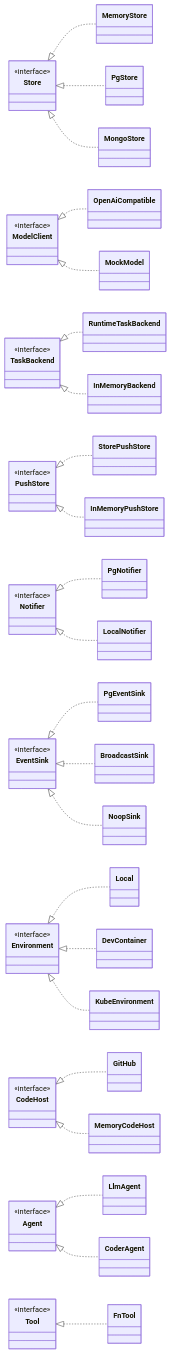
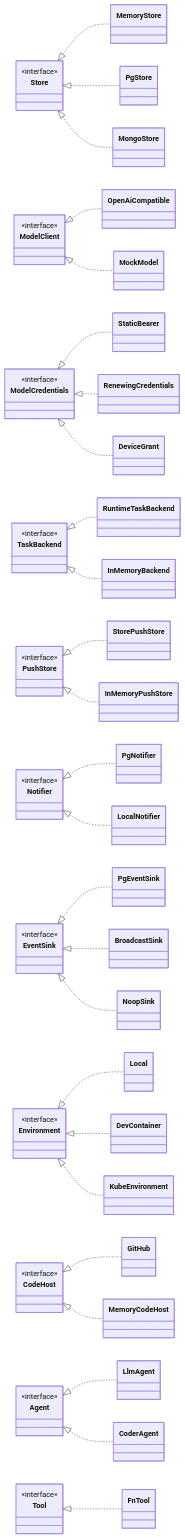
The second of 26 diagrams in docs/architecture.md (vymalo/another-adam-rs), drawn with Mermaid before and after one commit. The commit also changed other lines of this file and 27 other files, not shown here.

First line of the commit message:
feat(model): credentials per call (ADR 0058), an OAuth device-grant provider, and docs for trying the agents (#200)

````diff
--- a/docs/architecture.md
+++ b/docs/architecture.md
@@ -155,36 +157,40 @@
 ```mermaid
 classDiagram
     direction LR
     class Store { <<interface>> }
     Store <|.. MemoryStore
     Store <|.. PgStore
     Store <|.. MongoStore
     class ModelClient { <<interface>> }
     ModelClient <|.. OpenAiCompatible
     ModelClient <|.. MockModel
+    class ModelCredentials { <<interface>> }
+    ModelCredentials <|.. StaticBearer
+    ModelCredentials <|.. RenewingCredentials
+    ModelCredentials <|.. DeviceGrant
     class TaskBackend { <<interface>> }
     TaskBackend <|.. RuntimeTaskBackend
     TaskBackend <|.. InMemoryBackend
     class PushStore { <<interface>> }
     PushStore <|.. StorePushStore
     PushStore <|.. InMemoryPushStore
     class Notifier { <<interface>> }
     Notifier <|.. PgNotifier
     Notifier <|.. LocalNotifier
     class EventSink { <<interface>> }
     EventSink <|.. PgEventSink
     EventSink <|.. BroadcastSink
     EventSink <|.. NoopSink
     class Environment { <<interface>> }
     Environment <|.. Local
     Environment <|.. DevContainer
     Environment <|.. KubeEnvironment
     class CodeHost { <<interface>> }
     CodeHost <|.. GitHub
     CodeHost <|.. MemoryCodeHost
     class Agent { <<interface>> }
     Agent <|.. LlmAgent
     Agent <|.. CoderAgent
     class Tool { <<interface>> }
     Tool <|.. FnTool
 ```
````
